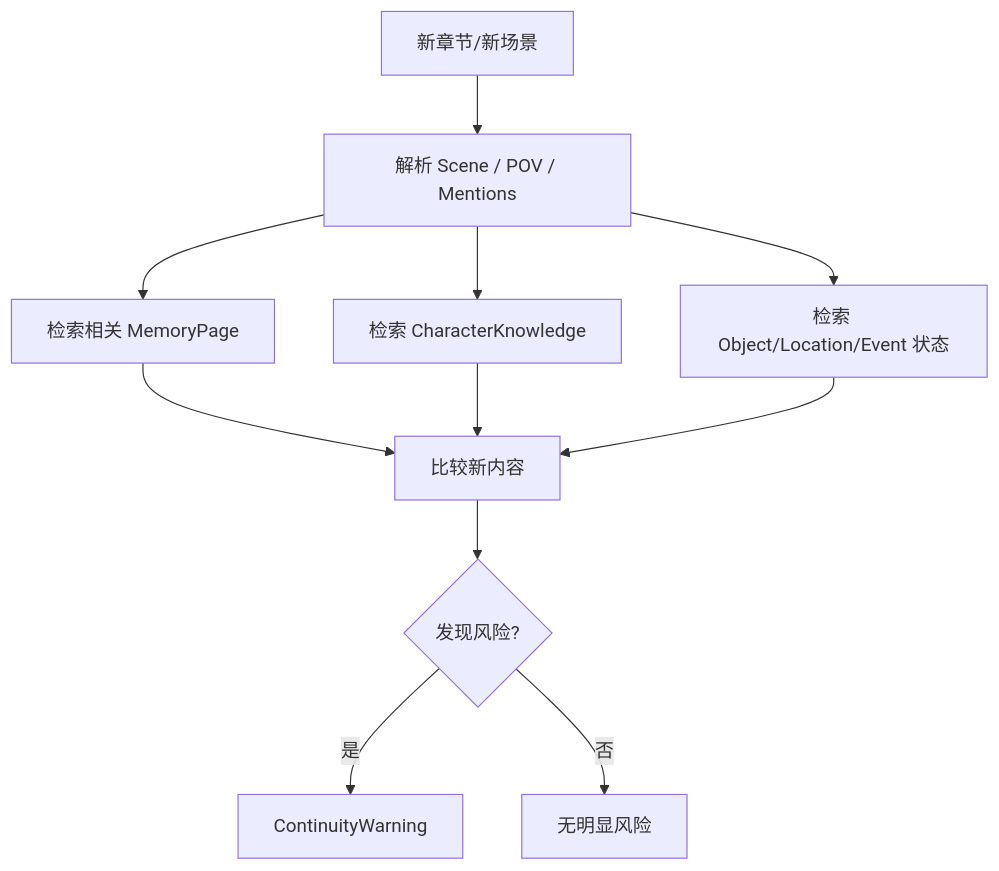
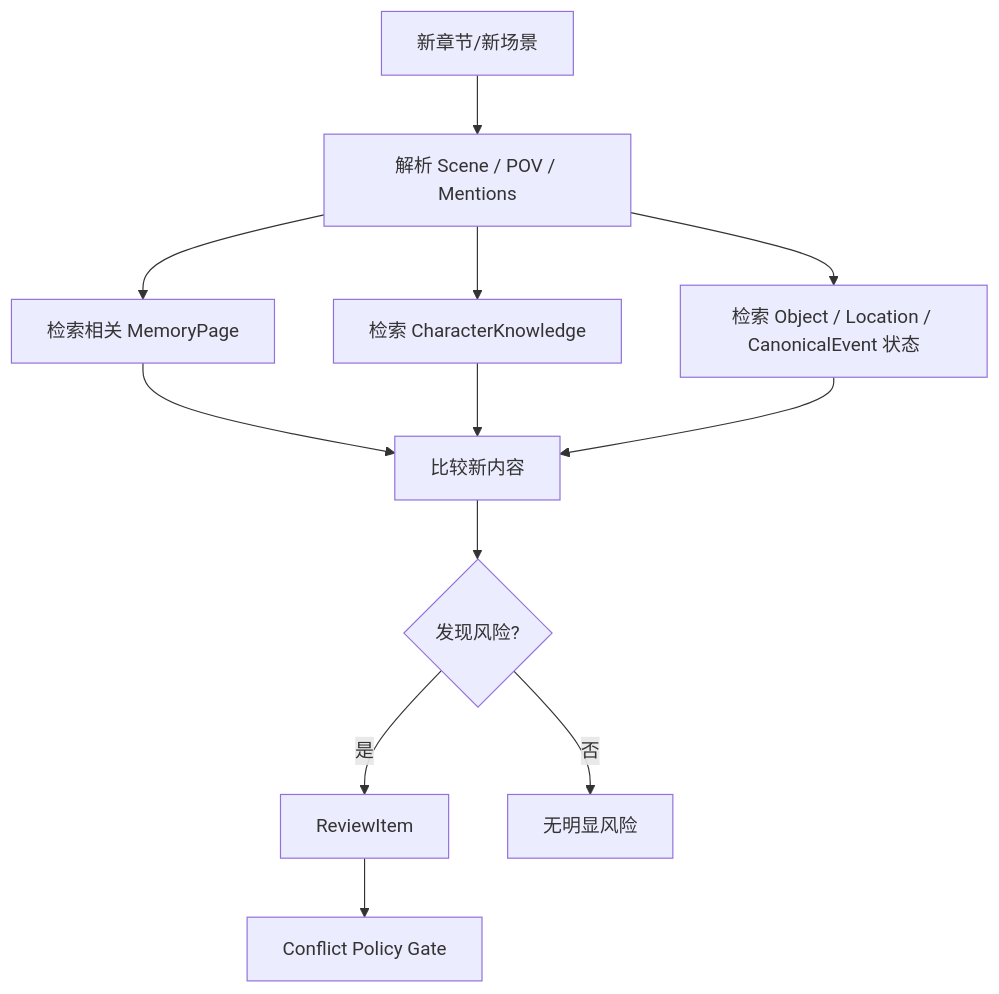
Before and after one commit to FrankQDWang/sextantlabs: the first of 2 diagrams in goals/10-continuity-check.md, drawn with Mermaid. The commit also changed other lines of this file and 16 other files, not shown here.

````diff
--- a/goals/10-continuity-check.md
+++ b/goals/10-continuity-check.md
@@ -21,13 +21,14 @@
 ```mermaid
 flowchart TD
     A[新章节/新场景] --> B[解析 Scene / POV / Mentions]
     B --> C[检索相关 MemoryPage]
     B --> D[检索 CharacterKnowledge]
-    B --> E[检索 Object/Location/Event 状态]
+    B --> E[检索 Object / Location / CanonicalEvent 状态]
     C --> F[比较新内容]
     D --> F
     E --> F
     F --> G{发现风险?}
-    G -->|是| H[ContinuityWarning]
+    G -->|是| H[ReviewItem]
     G -->|否| I[无明显风险]
+    H --> J[Conflict Policy Gate]
 ```
````
